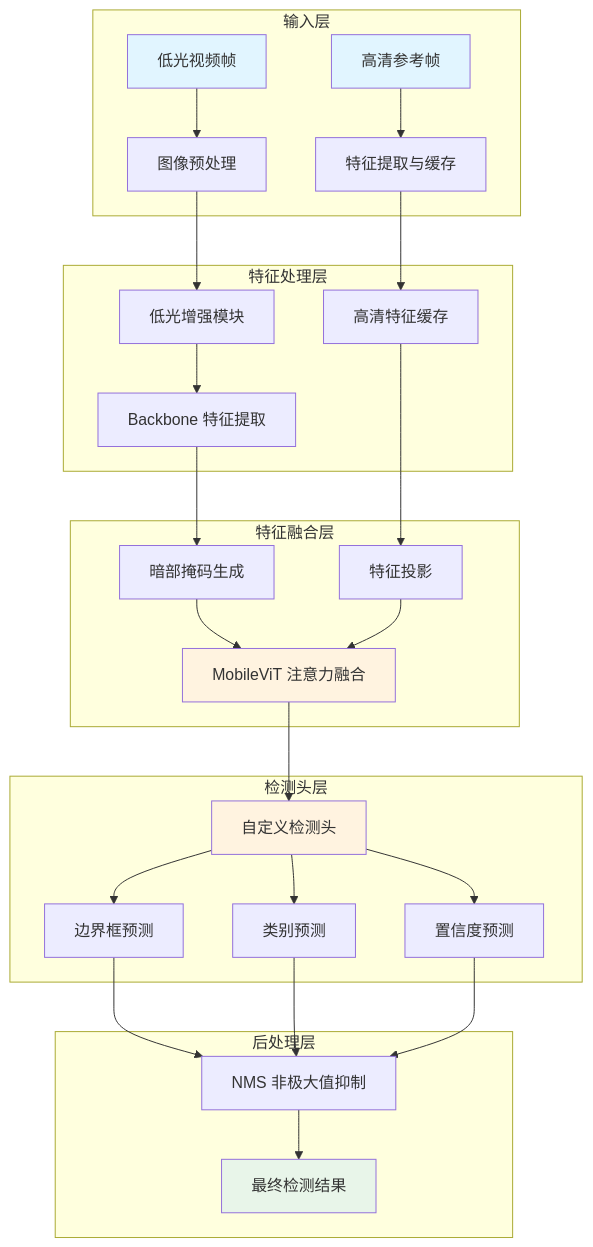
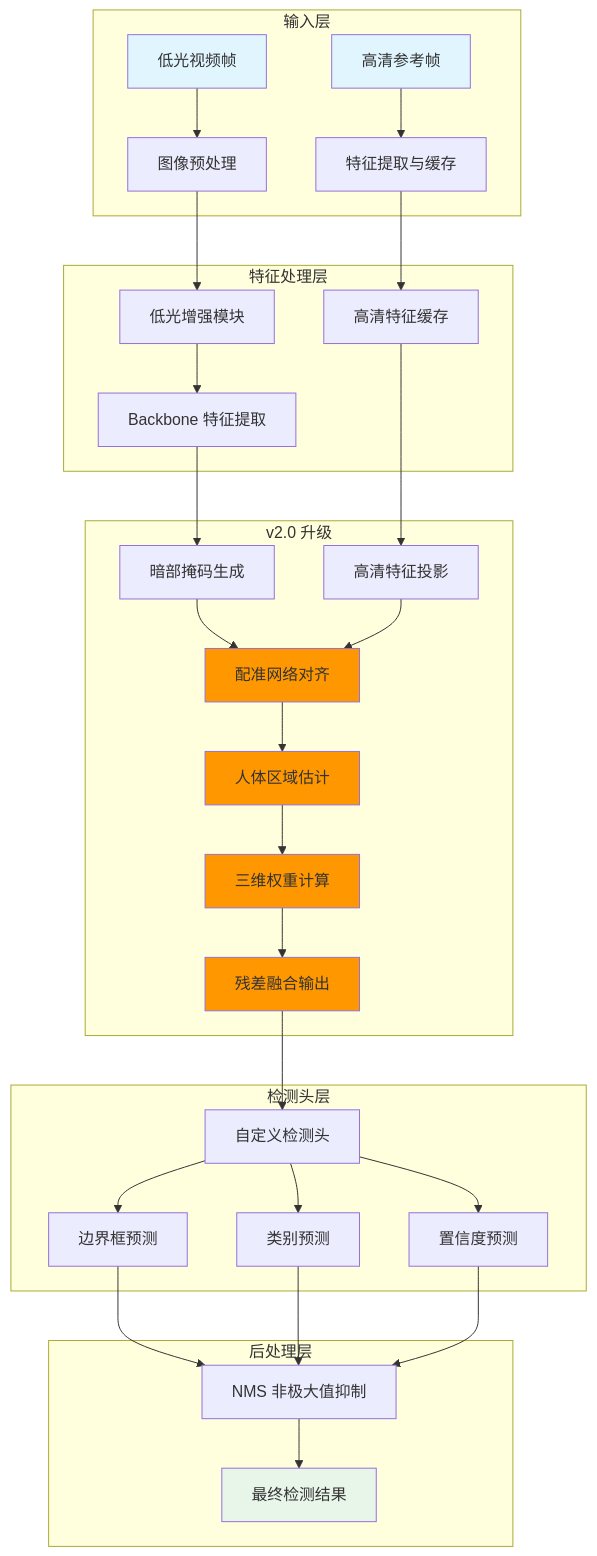
Before and after one commit to moonway0127/yolo_low_light_enhance: the second of 14 diagrams in README.md, drawn with Mermaid. The commit also changed other lines of this file and 1 other file, not shown here.

````diff
--- a/README.md
+++ b/README.md
@@ -5,40 +47,45 @@
 ```mermaid
 graph TB
     subgraph 输入层
         A[低光视频帧] --> B[图像预处理]
         C[高清参考帧] --> D[特征提取与缓存]
     end
     
     subgraph 特征处理层
         B --> E[低光增强模块]
         E --> F[Backbone 特征提取]
         D --> G[高清特征缓存]
     end
     
-    subgraph 特征融合层
-        F --> H[暗部掩码生成]
-        G --> I[特征投影]
-        H --> J[MobileViT 注意力融合]
-        I --> J
+    subgraph 特征融合层[v2.0 升级]
+        F --> H1[暗部掩码生成]
+        G --> I1[高清特征投影]
+        H1 --> J1[配准网络对齐]
+        I1 --> J1
+        J1 --> K1[人体区域估计]
+        K1 --> L1[三维权重计算]
+        L1 --> M1[残差融合输出]
     end
     
     subgraph 检测头层
-        J --> K[自定义检测头]
-        K --> L[边界框预测]
-        K --> M[类别预测]
-        K --> N[置信度预测]
+        M1 --> N[自定义检测头]
+        N --> O[边界框预测]
+        N --> P[类别预测]
+        N --> Q[置信度预测]
     end
     
     subgraph 后处理层
-        L --> O[NMS 非极大值抑制]
-        M --> O
-        N --> O
-        O --> P[最终检测结果]
+        O --> R[NMS 非极大值抑制]
+        P --> R
+        Q --> R
+        R --> S[最终检测结果]
     end
     
     style A fill:#e1f5ff
     style C fill:#e1f5ff
-    style P fill:#e8f5e9
-    style J fill:#fff3e0
-    style K fill:#fff3e0
+    style S fill:#e8f5e9
+    style J1 fill:#ff9800
+    style K1 fill:#ff9800
+    style L1 fill:#ff9800
+    style M1 fill:#ff9800
 ```
````
